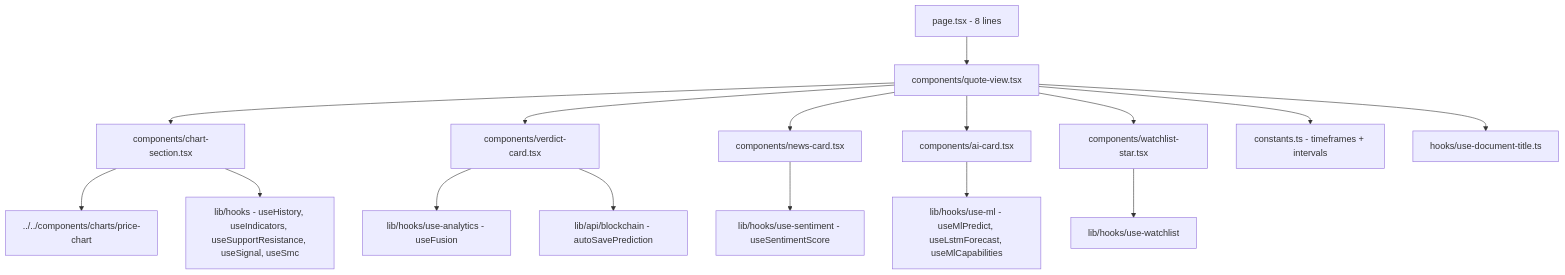
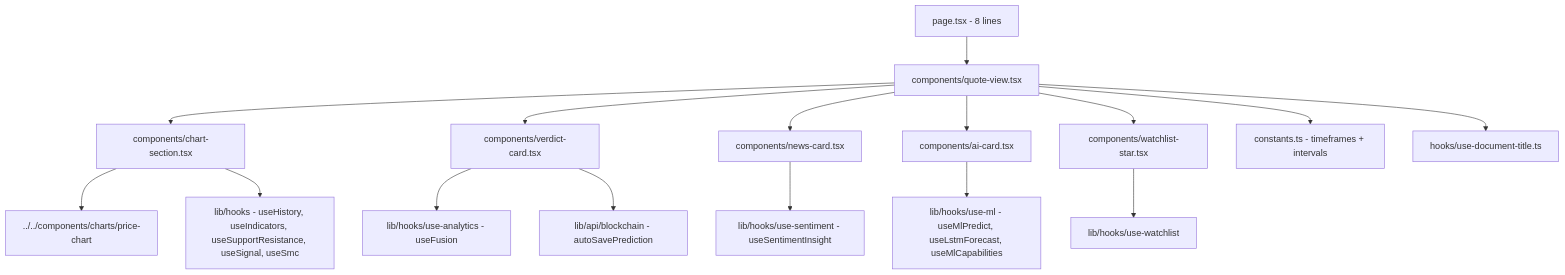
The first of 3 diagrams in docs/pages/stock-terminal/implementation.md (raunak-ray/StockView-India), drawn with Mermaid before and after one commit. The commit also changed other lines of this file and 15 other files, not shown here.

Commit message:
feat: serve stored sentiment through new insight endpoint

````diff
--- a/docs/pages/stock-terminal/implementation.md
+++ b/docs/pages/stock-terminal/implementation.md
@@ -7,18 +7,18 @@
 ```mermaid
 flowchart TD
     Page[page.tsx - 8 lines] --> QV[components/quote-view.tsx]
     QV --> Chart[components/chart-section.tsx]
     QV --> Verdict[components/verdict-card.tsx]
     QV --> News[components/news-card.tsx]
     QV --> AI[components/ai-card.tsx]
     QV --> Star[components/watchlist-star.tsx]
     QV --> Const[constants.ts - timeframes + intervals]
     QV --> DT[hooks/use-document-title.ts]
     Chart --> PC[../../components/charts/price-chart]
     Chart --> Hooks[lib/hooks - useHistory, useIndicators, useSupportResistance, useSignal, useSmc]
     Verdict --> UF[lib/hooks/use-analytics - useFusion]
     Verdict --> BAPI[lib/api/blockchain - autoSavePrediction]
-    News --> US[lib/hooks/use-sentiment - useSentimentScore]
+    News --> US[lib/hooks/use-sentiment - useSentimentInsight]
     AI --> UML[lib/hooks/use-ml - useMlPredict, useLstmForecast, useMlCapabilities]
     Star --> UW[lib/hooks/use-watchlist]
 ```
````
